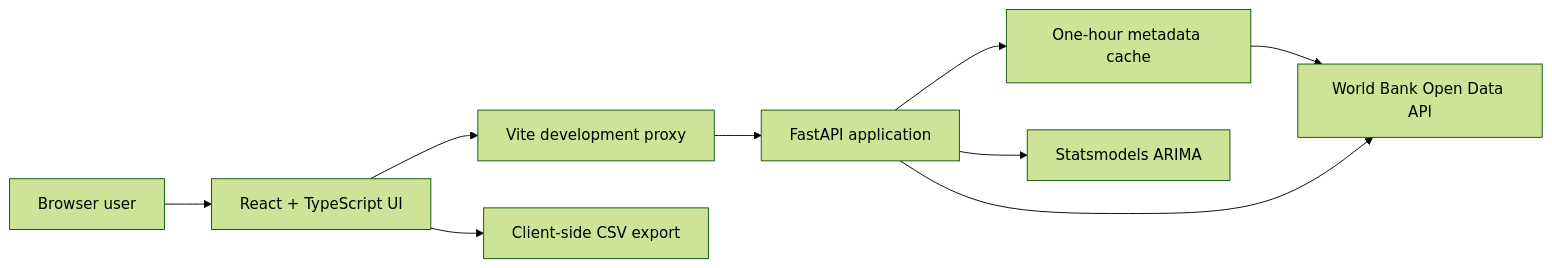
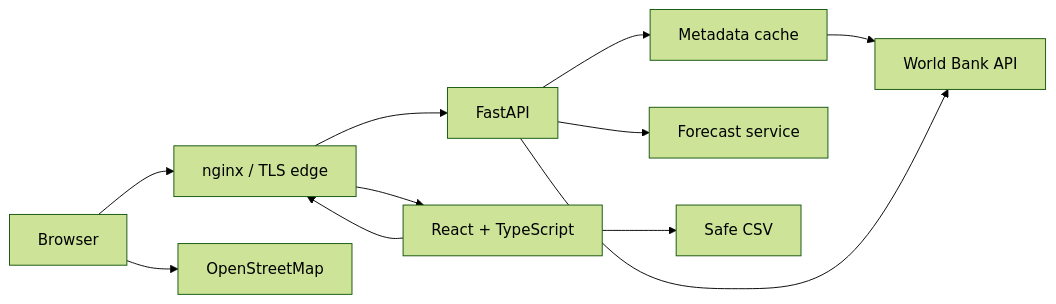
One commit to viniciusrodriguesai/worldbank-economic-dashboard changed the diagram in README.md. Above: the diagram before and after it, drawn with Mermaid (forest theme). The commit also changed other lines of this file and 7 other files, not shown here.

````diff
--- a/README.md
+++ b/README.md
@@ -55,20 +24,20 @@
-```mermaid
+~~~mermaid
 flowchart LR
-    User[Browser user]
-    UI[React + TypeScript UI]
-    Proxy[Vite development proxy]
-    API[FastAPI application]
-    Cache[One-hour metadata cache]
-    WB[World Bank Open Data API]
-    Model[Statsmodels ARIMA]
-    CSV[Client-side CSV export]
+    Browser[Browser]
+    UI[React + TypeScript]
+    Edge[nginx / TLS edge]
+    API[FastAPI]
+    Cache[Metadata cache]
+    Forecast[Forecast service]
+    WB[World Bank API]
+    OSM[OpenStreetMap]
+    CSV[Safe CSV]
 
-    User --> UI
-    UI --> Proxy
-    Proxy --> API
+    Browser --> Edge --> UI
+    UI --> Edge --> API
     UI --> CSV
-    API --> Cache
-    Cache --> WB
+    Browser --> OSM
+    API --> Cache --> WB
     API --> WB
-    API --> Model
-```
+    API --> Forecast
+~~~
````
